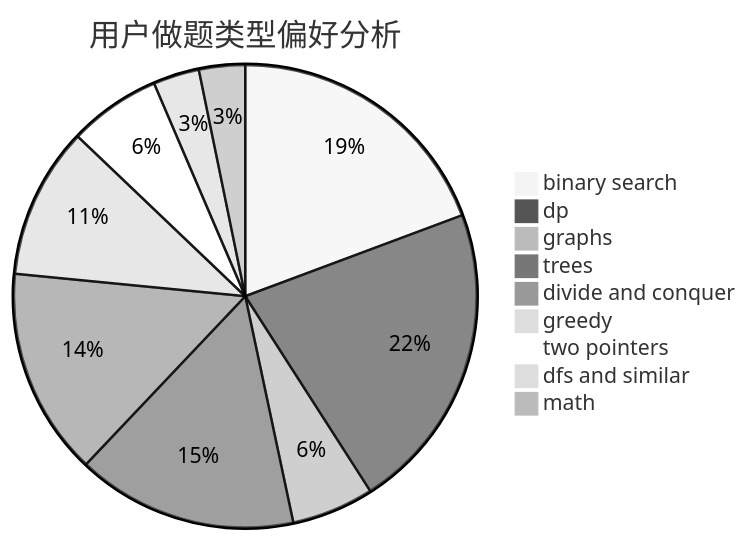
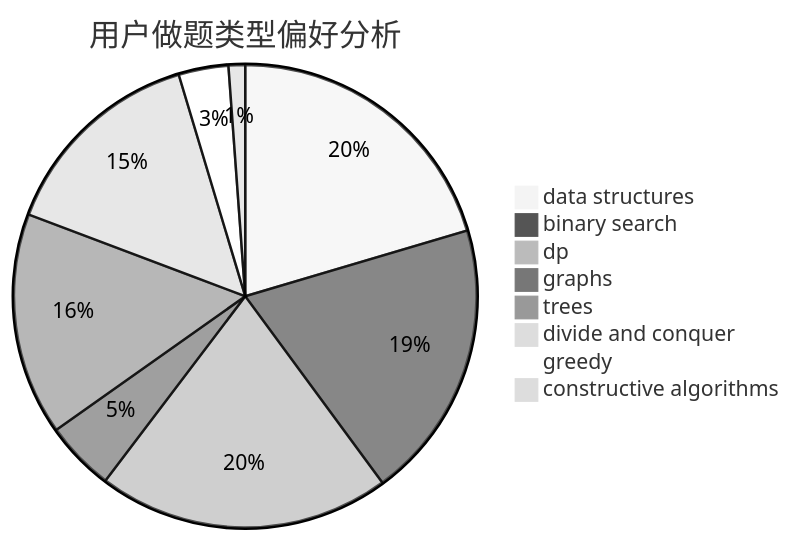
Before and after one commit to sherpahu/cfrs.github.io: the second of 3 diagrams in docs/user/u226.md, drawn with Mermaid (neutral theme). The commit also changed other lines of this file and 2775 other files, not shown here.

````diff
--- a/docs/user/u226.md
+++ b/docs/user/u226.md
@@ -23,12 +23,11 @@
 ```mermaid
 pie title 用户做题类型偏好分析
+    "data structures" :  88
     "binary search" :  84
-    "dp" :  94
-    "graphs" :  25
+    "dp" :  88
+    "graphs" :  21
     "trees" :  67
     "divide and conquer" :  63
-    "greedy" :  46
-    "two pointers" :  28
-    "dfs and similar" :  14
-    "math" :  14
+    "greedy" :  15
+    "constructive algorithms" :  5
 ```
````
